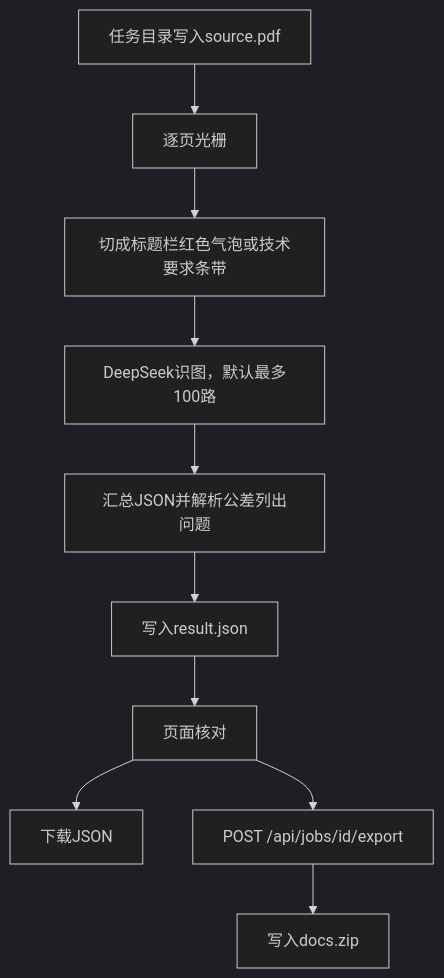
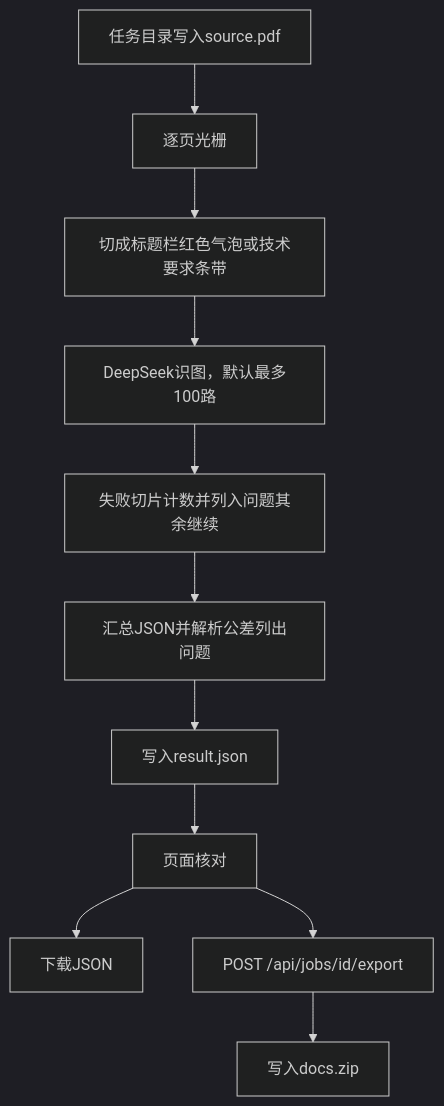
The second of 3 diagrams in docs/05-flow.md (RJ2045-PRC/SCE-af), drawn with Mermaid (dark theme) before and after one commit. The commit also changed other lines of this file and 12 other files, not shown here.

````diff
--- a/docs/05-flow.md
+++ b/docs/05-flow.md
@@ -25,12 +26,13 @@
 ```mermaid
 flowchart TD
   savePdf[任务目录写入source.pdf] --> raster[逐页光栅]
   raster --> slice[切成标题栏红色气泡或技术要求条带]
   slice --> vision["DeepSeek识图，默认最多100路"]
-  vision --> merge[汇总JSON并解析公差列出问题]
+  vision --> sliceFailed[失败切片计数并列入问题其余继续]
+  sliceFailed --> merge[汇总JSON并解析公差列出问题]
   merge --> resultFile[写入result.json]
   resultFile --> page[页面核对]
   page --> jsonDl[下载JSON]
   page --> exportPost["POST /api/jobs/id/export"]
   exportPost --> zipOut[写入docs.zip]
 ```
````
